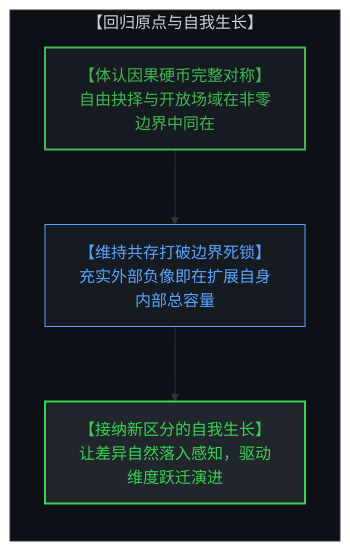
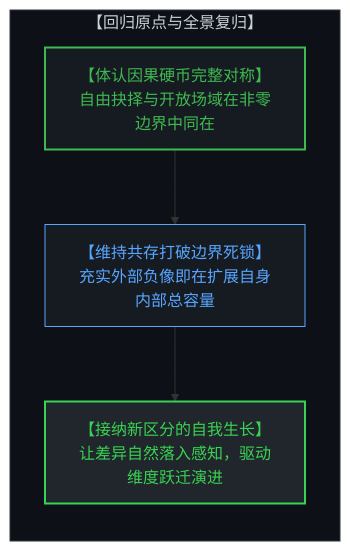
One commit to powerpig99/not-a-toe changed the ninth of 9 diagrams in content/posts/the-geometry-of-coexistence-and-the-dual-cut.md. Above: the diagram before and after it, drawn with Mermaid. The commit also changed other lines of this file and 3 other files, not shown here.

````diff
--- a/content/posts/the-geometry-of-coexistence-and-the-dual-cut.md
+++ b/content/posts/the-geometry-of-coexistence-and-the-dual-cut.md
@@ -273,15 +295,15 @@
 ```mermaid
 graph TD
-    subgraph GenerativeTension["【回归原点与自我生长】"]
+    subgraph GenerativeTension["【回归原点与全景复归】"]
         direction TB
         RecognizeCoPresence["【体认因果硬币完整对称】<br>自由抉择与开放场域在非零边界中同在"]
         MaintainCoexistence["【维持共存打破边界死锁】<br>充实外部负像即在扩展自身内部总容量"]
         ContinuousDistinction["【接纳新区分的自我生长】<br>让差异自然落入感知，驱动维度跃迁演进"]
         RecognizeCoPresence --> MaintainCoexistence
         MaintainCoexistence --> ContinuousDistinction
     end
     style GenerativeTension fill:#0d1117,stroke:#30363d,stroke-width:1px,color:#c9d1d9
     style RecognizeCoPresence fill:#161b22,stroke:#3fb950,stroke-width:2px,color:#3fb950
     style MaintainCoexistence fill:#161b22,stroke:#58a6ff,stroke-width:1px,color:#58a6ff
     style ContinuousDistinction fill:#21262d,stroke:#39d353,stroke-width:2px,color:#39d353
 ```
````
